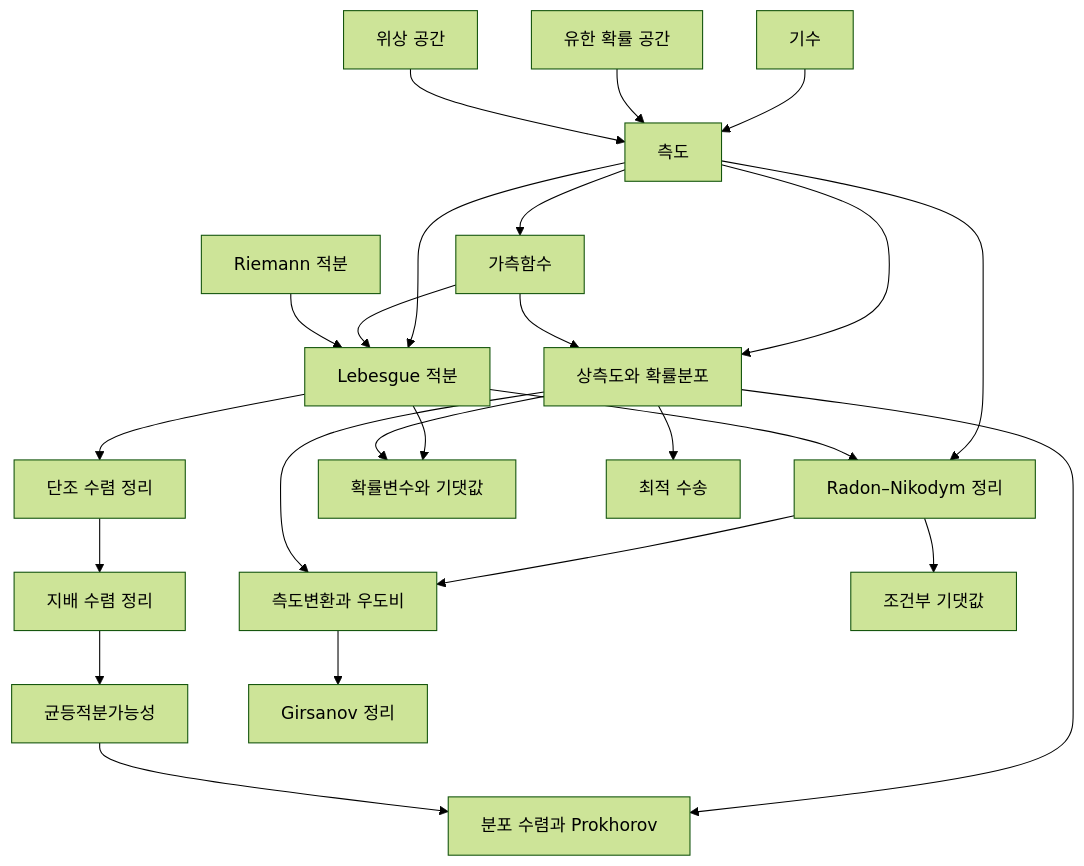
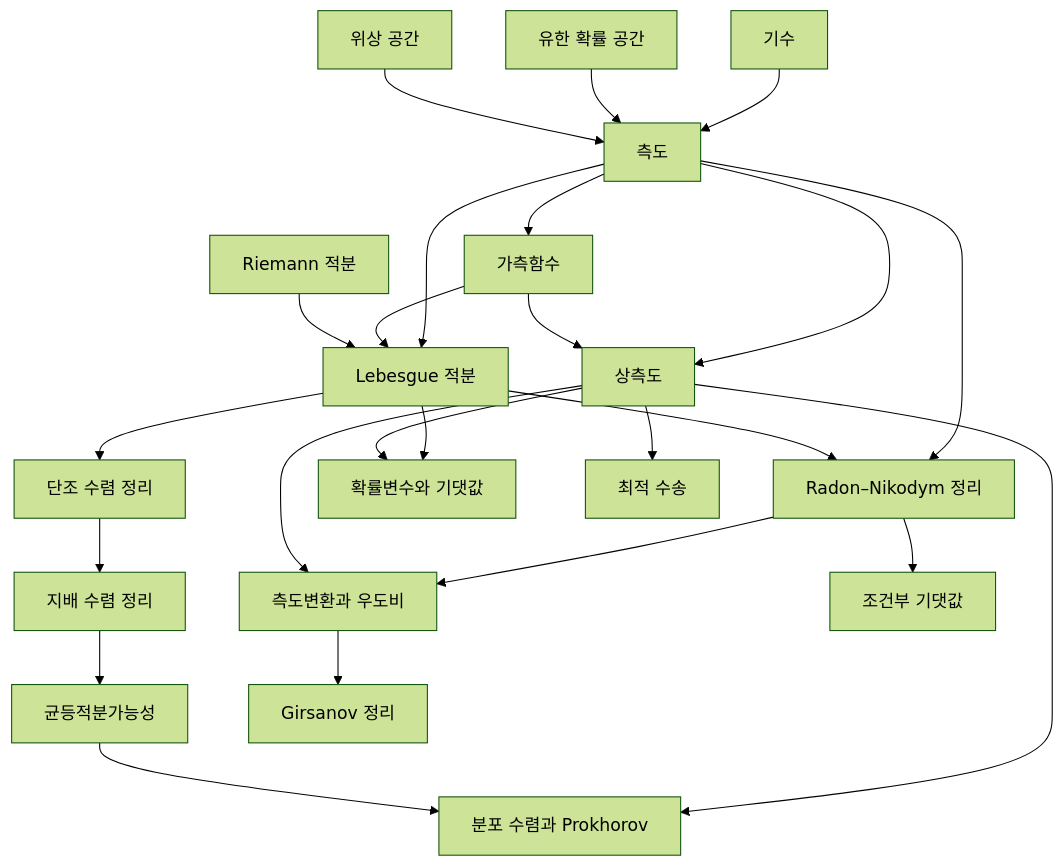
The diagram in docs/measure-theory-overview.md (Phryxia/math-map), drawn with Mermaid (forest theme) before and after one commit. The commit also changed other lines of this file and 49 other files, not shown here.

````diff
--- a/docs/measure-theory-overview.md
+++ b/docs/measure-theory-overview.md
@@ -13,26 +13,26 @@
 ```mermaid
 graph TD
   CA["기수"] --> ME["측도"]
   PR["유한 확률 공간"] --> ME
   TO["위상 공간"] --> ME
   ME --> MF["가측함수"]
   ME --> LI["Lebesgue 적분"]
   MF --> LI
   RI["Riemann 적분"] --> LI
-  ME --> PM["상측도와 확률분포"]
+  ME --> PM["상측도"]
   MF --> PM
   ME --> RN["Radon–Nikodym 정리"]
   LI --> RN
   LI --> MC["단조 수렴 정리"]
   MC --> DC["지배 수렴 정리"]
   DC --> UI["균등적분가능성"]
   LI --> RV["확률변수와 기댓값"]
   PM --> RV
   PM --> WC["분포 수렴과 Prokhorov"]
   UI --> WC
   PM --> OT["최적 수송"]
   RN --> CM["측도변환과 우도비"]
   PM --> CM
   RN --> CE["조건부 기댓값"]
   CM --> GS["Girsanov 정리"]
 ```
````
